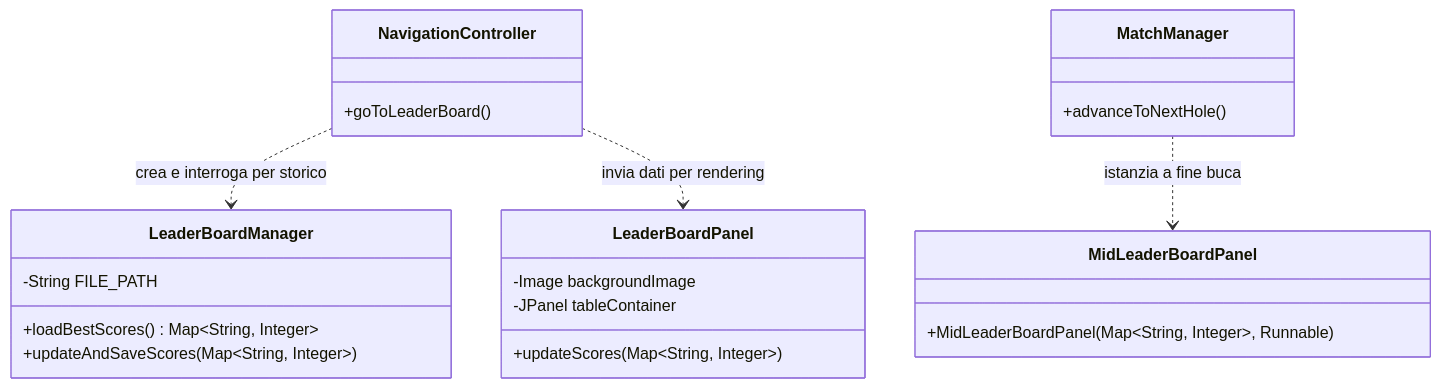
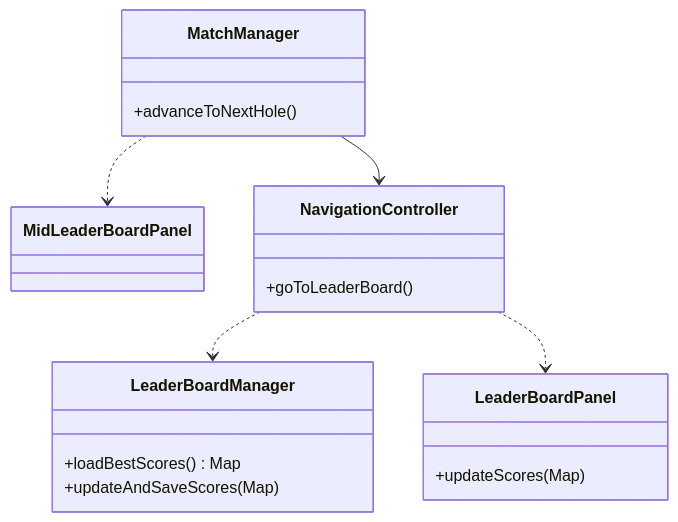
Before and after one commit to jjacomo/OOP25-mini-gOOlf: the fourth of 12 diagrams in notes/report/report.md, drawn with Mermaid. The commit also changed other lines of this file, not shown here.

````diff
--- a/notes/report/report.md
+++ b/notes/report/report.md
@@ -243,35 +232,29 @@
 ```mermaid
 classDiagram
-    %% --- Model ---
     class LeaderBoardManager {
-        -String FILE_PATH
-        +loadBestScores() Map~String, Integer~
-        +updateAndSaveScores(Map~String, Integer~)
+        +loadBestScores() Map
+        +updateAndSaveScores(Map)
     }
 
-    %% --- View (Pannelli) ---
     class LeaderBoardPanel {
-        -Image backgroundImage
-        -JPanel tableContainer
-        +updateScores(Map~String, Integer~)
+        +updateScores(Map)
     }
 
     class MidLeaderBoardPanel {
-        +MidLeaderBoardPanel(Map~String, Integer~, Runnable)
     }
 
-    %% --- Controllers (Solo concettuale per routing dati) ---
     class NavigationController {
         +goToLeaderBoard()
     }
     
     class MatchManager {
         +advanceToNextHole()
     }
 
-    %% --- Relazioni ---
-    NavigationController ..> LeaderBoardManager : crea e interroga per storico
-    NavigationController ..> LeaderBoardPanel : invia dati per rendering
+    %% Relazioni corrette e pulite
+    NavigationController ..> LeaderBoardManager
+    NavigationController ..> LeaderBoardPanel
     
-    MatchManager ..> MidLeaderBoardPanel : istanzia a fine buca
+    MatchManager --> NavigationController
+    MatchManager ..> MidLeaderBoardPanel
 ```
````
